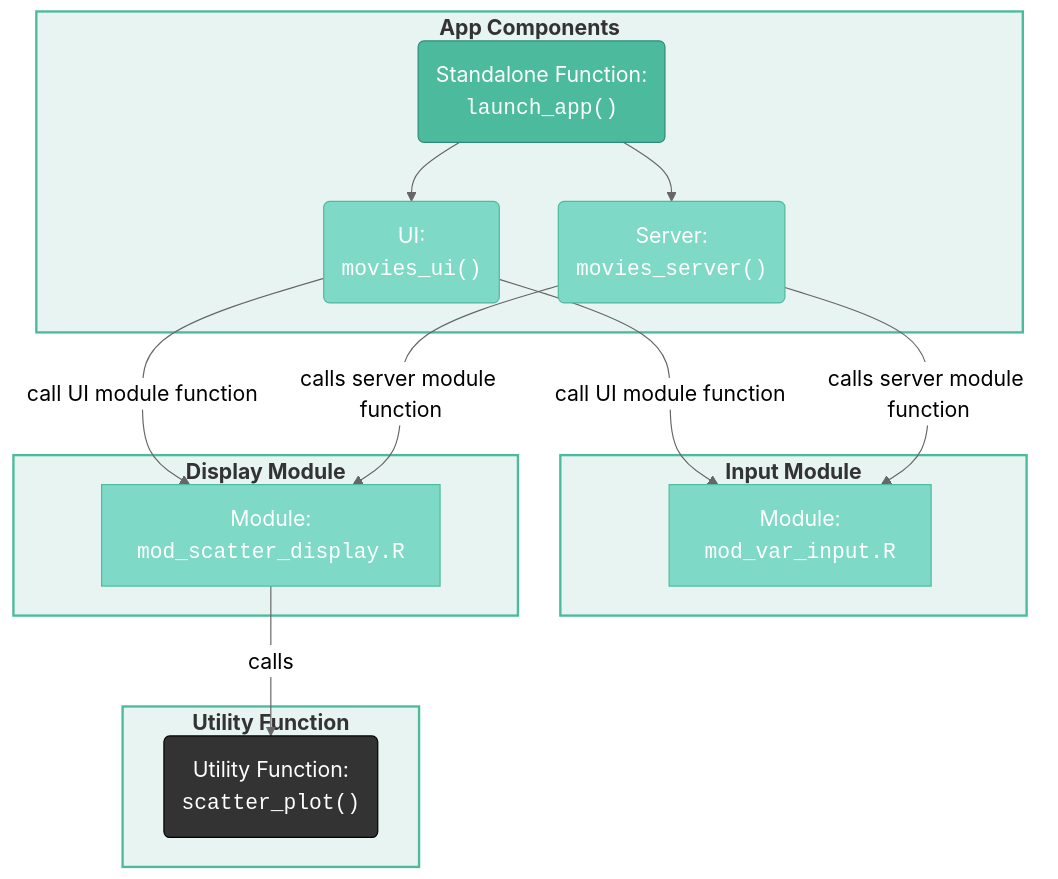
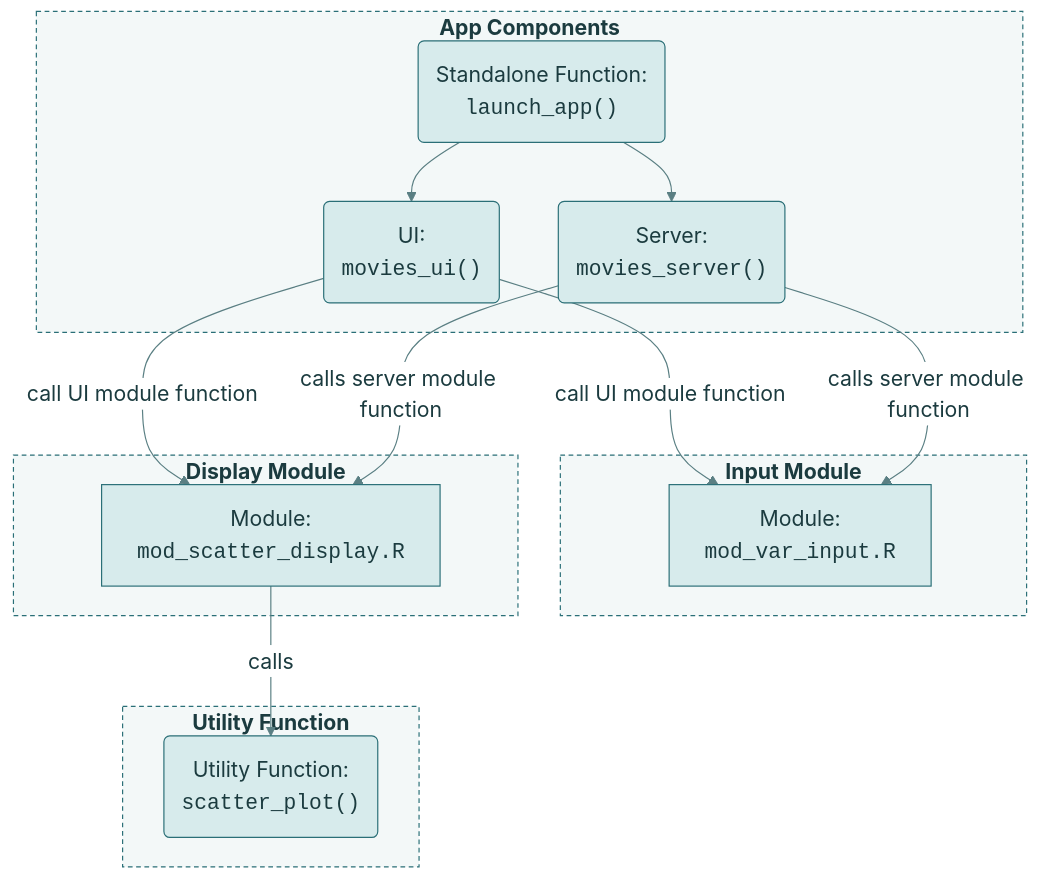
Before and after one commit to mjfrigaard/shiny-app-pkgs: the fifth of 5 diagrams in document.qmd, drawn with Mermaid. The commit also changed other lines of this file and 22 other files, not shown here.

First line of the commit message:
Standardize mermaid diagrams on the site teal palette

````diff
--- a/document.qmd
+++ b/document.qmd
@@ -1141,44 +1141,42 @@
 ```{mermaid}
 %%| fig-cap: 'The updated `@family` tag'
 %%| fig-align: center
-%%{init: {'theme': 'neutral', 'themeVariables': { 'fontFamily': 'monospace', "fontSize":"18px"}}}%%
+%%{init: {'theme': 'base', 'themeVariables': { 'fontFamily': 'monospace', "fontSize":"18px", "primaryColor":"#D7EBEC", "primaryTextColor":"#1B3B3F", "primaryBorderColor":"#2A6F77", "lineColor":"#5A7F83", "edgeLabelBackground":"#FFFFFF", "clusterBkg":"#F3F8F8", "clusterBorder":"#2A6F77", "darkMode":false}}}%%
 
 flowchart TD
     subgraph AppCom["<strong>App Components</strong>"]
         launch_app("Standalone Function:<br><code>launch_app()</code>")
         UI("UI:<br><code>movies_ui()</code>")
         Server("Server:<br><code>movies_server()</code>")
     end
     
     subgraph Vars["<strong>Input Module</strong>"]
         mod_var_input["Module:<br><code>mod_var_input.R</code>"]
     end
     
     subgraph Graph["<strong>Display Module</strong>"]
         mod_scatter_display["Module:<br><code>mod_scatter_display.R</code>"]
     end
 
     subgraph Utils["<strong>Utility Function</strong>"]
         scatter_plot("Utility Function:<br><code>scatter_plot()</code>")
     end
 
     launch_app --> UI
     launch_app --> Server
     UI --"call UI module function"--> mod_var_input
     UI --"call UI module function"--> mod_scatter_display
     Server --"calls server module function"--> mod_var_input
     Server --"calls server module function"--> mod_scatter_display
     mod_scatter_display --"calls"--> scatter_plot
 
-    style AppCom fill:#e8f4f1,stroke:#4CBB9D,stroke-width:2px
-    style Vars fill:#e8f4f1,stroke:#4CBB9D,stroke-width:2px
-    style Graph fill:#e8f4f1,stroke:#4CBB9D,stroke-width:2px
-    style Utils fill:#e8f4f1,stroke:#4CBB9D,stroke-width:2px
-    style launch_app fill:#4CBB9D,color:#fff,stroke:#2d8a7a,stroke-width:1px
-    style UI fill:#7fd9c7,color:#fff,stroke:#4CBB9D,stroke-width:1px
-    style Server fill:#7fd9c7,color:#fff,stroke:#4CBB9D,stroke-width:1px
-    style mod_var_input fill:#7fd9c7,color:#fff,stroke:#4CBB9D,stroke-width:1px
-    style mod_scatter_display fill:#7fd9c7,color:#fff,stroke:#4CBB9D,stroke-width:1px
-    style scatter_plot fill:#333,color:#fff,stroke:#000,stroke-width:1px
-    
+    classDef term fill:#2A6F77,color:#FFFFFF,stroke:#1B4F55,stroke-width:1px
+    classDef step fill:#D7EBEC,color:#1B3B3F,stroke:#2A6F77,stroke-width:1px
+    classDef decision fill:#F4C26B,color:#3D2A00,stroke:#B7832B,stroke-width:1px
+    classDef io fill:#FFFFFF,color:#1B3B3F,stroke:#2A6F77,stroke-width:1px
+    class launch_app,UI,Server,mod_var_input,mod_scatter_display,scatter_plot step
+    style AppCom fill:#F3F8F8,color:#1B3B3F,stroke:#2A6F77,stroke-width:1px,stroke-dasharray:4 3
+    style Vars fill:#F3F8F8,color:#1B3B3F,stroke:#2A6F77,stroke-width:1px,stroke-dasharray:4 3
+    style Graph fill:#F3F8F8,color:#1B3B3F,stroke:#2A6F77,stroke-width:1px,stroke-dasharray:4 3
+    style Utils fill:#F3F8F8,color:#1B3B3F,stroke:#2A6F77,stroke-width:1px,stroke-dasharray:4 3
 ```
````
